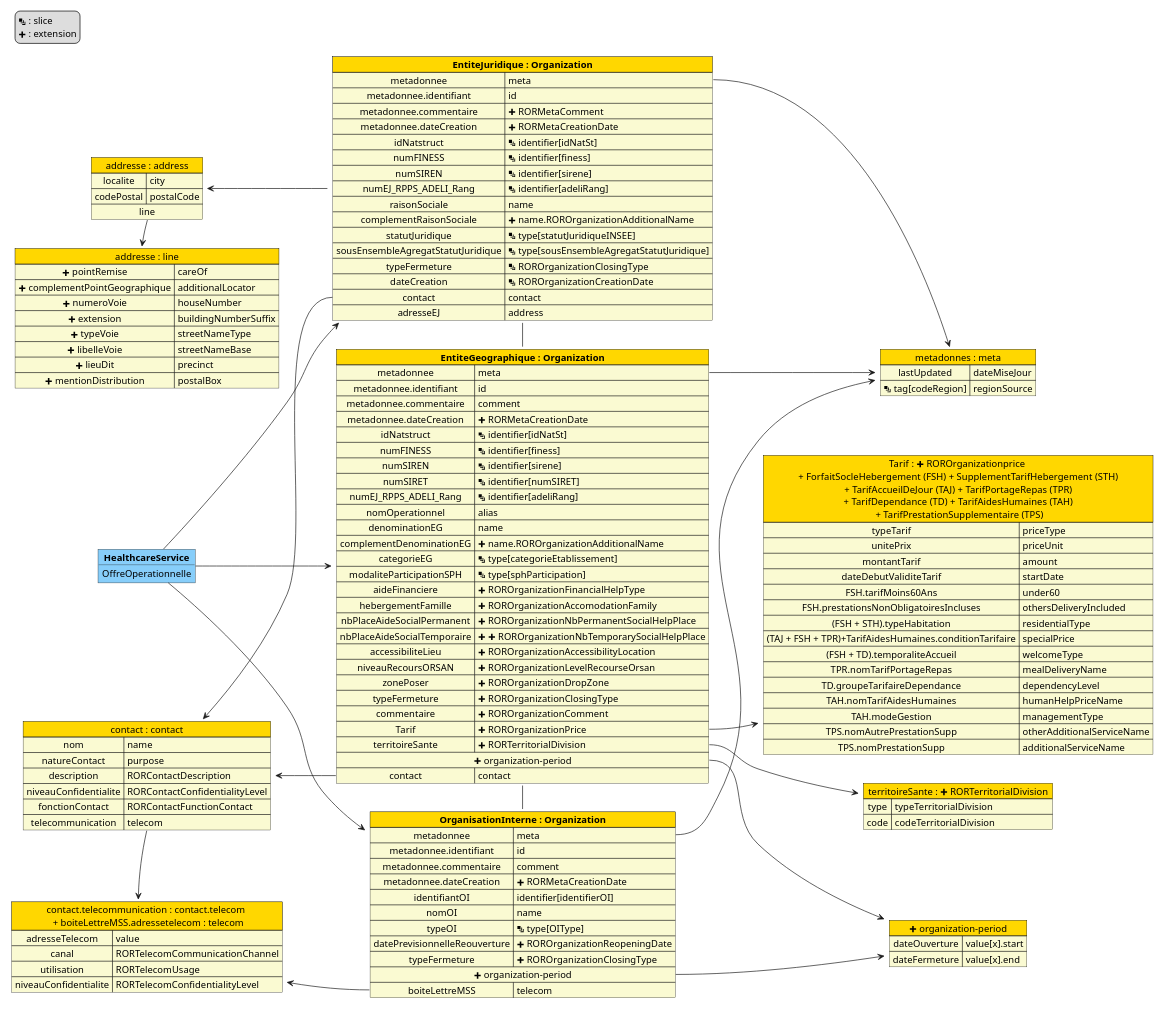
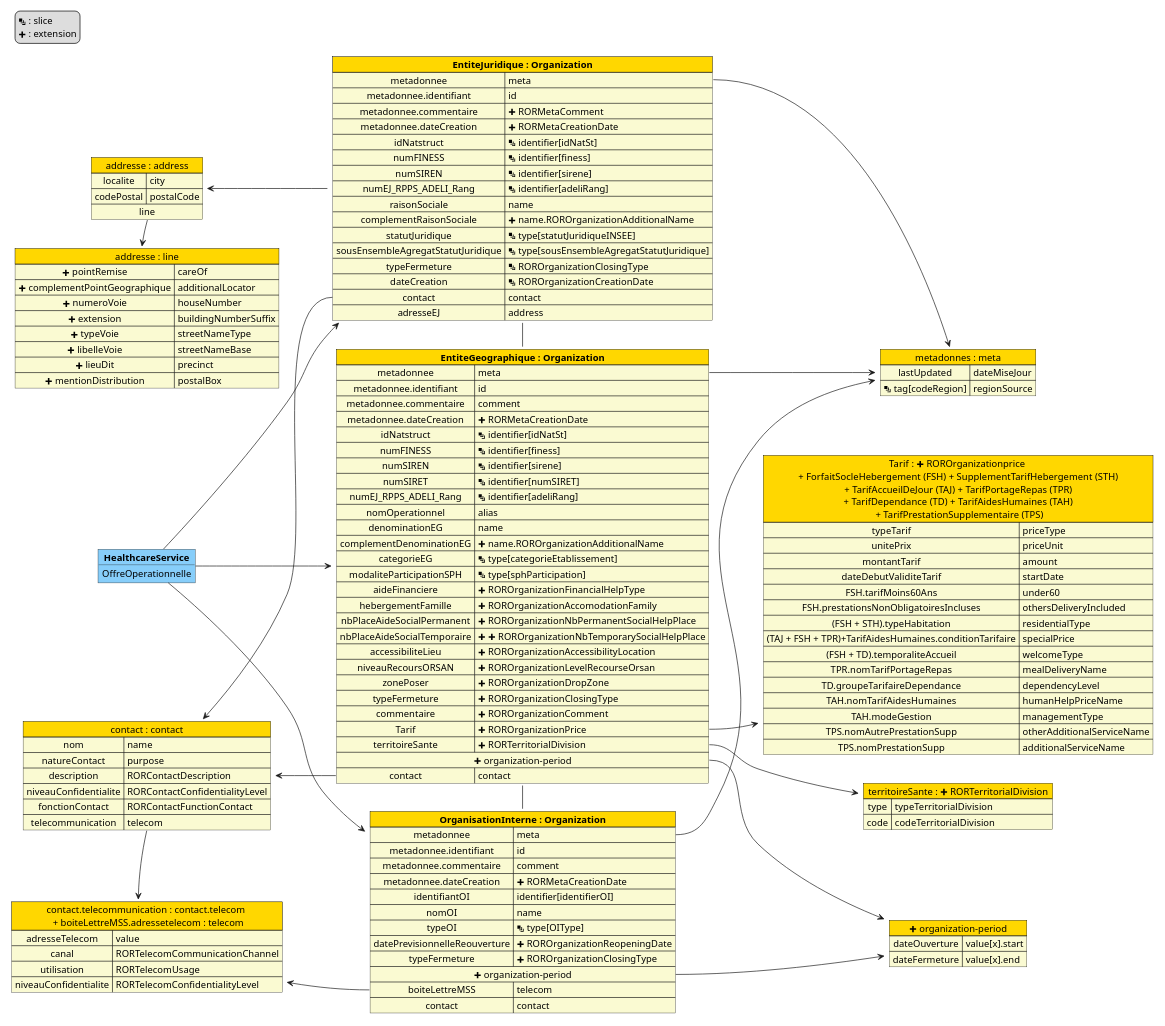
Before and after one commit to ansforge/IG-fhir-repertoire-offre-ressources-sante: the diagram in input/images-source/mapping-Organization.plantuml, drawn with PlantUML.

```diff
--- a/input/images-source/mapping-Organization.plantuml
+++ b/input/images-source/mapping-Organization.plantuml
@@ -1,167 +1,168 @@
 @startuml mapping-Organization
 
 left to right direction
 
 scale 1000 width
 
 legend top left
   <&layers> : slice
   <&plus> : extension
 endlegend
 
 
 map "metadonnes : meta" as meta #back:LightGoldenRodYellow;header:Gold {
     lastUpdated => dateMiseJour 
     <&layers> tag[codeRegion] => regionSource
 }
 
 map "<&plus> organization-period" as period #back:LightGoldenRodYellow;header:Gold {
     dateOuverture => value[x].start
     dateFermeture => value[x].end
 }
 
 map "territoireSante : <&plus> RORTerritorialDivision" as RORTerritorialDivision #back:LightGoldenRodYellow;header:Gold {
     type => typeTerritorialDivision
     code => codeTerritorialDivision
 }
 
 map "Tarif : <&plus> ROROrganizationprice \n +  ForfaitSocleHebergement (FSH) + SupplementTarifHebergement (STH) \n + TarifAccueilDeJour (TAJ) + TarifPortageRepas (TPR) \n + TarifDependance (TD) + TarifAidesHumaines (TAH) \n + TarifPrestationSupplementaire (TPS)" as ROROrganizationPrice #back:LightGoldenRodYellow;header:Gold {
     typeTarif => priceType
     unitePrix => priceUnit
     montantTarif => amount
     dateDebutValiditeTarif => startDate
     FSH.tarifMoins60Ans => under60
     FSH.prestationsNonObligatoiresIncluses => deliveryIncluded
     FSH.prestationsNonObligatoiresIncluses => othersDeliveryIncluded
     (FSH + STH).typeHabitation => residentialType
     (TAJ + FSH + TPR)+TarifAidesHumaines.conditionTarifaire => specialPrice
     (FSH + TD).temporaliteAccueil => welcomeType
     TPR.nomTarifPortageRepas => mealDeliveryName
     TD.groupeTarifaireDependance => dependencyLevel
     TAH.nomTarifAidesHumaines => humanHelpPriceName
     TAH.modeGestion => managementType
     TPS.nomAutrePrestationSupp => otherAdditionalServiceName
     TPS.nomPrestationSupp => additionalServiceName
 }
 
 map "contact : contact" as contact #back:LightGoldenRodYellow;header:Gold {
     nom => name
     natureContact => purpose
     description => RORContactDescription
     niveauConfidentialite => RORContactConfidentialityLevel
     fonctionContact => RORContactFunctionContact
     telecommunication => telecom
 }
 
 map "contact.telecommunication : contact.telecom \n + boiteLettreMSS.adressetelecom : telecom" as telecom #back:LightGoldenRodYellow;header:Gold {
     adresseTelecom => value
     canal => RORTelecomCommunicationChannel
     utilisation => RORTelecomUsage
     niveauConfidentialite => RORTelecomConfidentialityLevel
 }
 map "addresse : line" as addressLine #back:LightGoldenRodYellow;header:Gold {
     <&plus> pointRemise => careOf
     <&plus> complementPointGeographique => additionalLocator
     <&plus> numeroVoie => houseNumber
     <&plus> extension => buildingNumberSuffix
     <&plus> typeVoie => streetNameType
     <&plus> libelleVoie => streetNameBase
     <&plus> lieuDit => precinct
     <&plus> mentionDistribution => postalBox
 }
 
 map "addresse : address" as address #back:LightGoldenRodYellow;header:Gold {
     localite => city
     codePostal => postalCode
     line *-> addressLine
 }
 
 
 map "**EntiteJuridique : Organization**" as EJ #back:LightGoldenRodYellow;header:Gold {
     metadonnee => meta 
     metadonnee.identifiant => id
     metadonnee.commentaire => <&plus> RORMetaComment
     metadonnee.dateCreation => <&plus> RORMetaCreationDate
     idNatstruct => <&layers> identifier[idNatSt]
     numFINESS => <&layers> identifier[finess]
     numSIREN => <&layers> identifier[sirene]
     numEJ_RPPS_ADELI_Rang => <&layers> identifier[rppsRang]
     numEJ_RPPS_ADELI_Rang => <&layers> identifier[adeliRang]
     raisonSociale => name
     complementRaisonSociale => <&plus> name.ROROrganizationAdditionalName
     statutJuridique => <&layers> type[statutJuridiqueINSEE]
     sousEnsembleAgregatStatutJuridique => <&layers> type[sousEnsembleAgregatStatutJuridique]
     typeFermeture => <&layers> ROROrganizationClosingType
     dateCreation => <&layers> ROROrganizationCreationDate
     contact => contact
     adresseEJ => address
 }
 
 map "**EntiteGeographique : Organization**" as EG #back:LightGoldenRodYellow;header:Gold {
     metadonnee => meta 
     metadonnee.identifiant => id
     metadonnee.commentaire => comment
     metadonnee.dateCreation => <&plus> RORMetaCreationDate
     idNatstruct => <&layers> identifier[idNatSt]
     numFINESS => <&layers> identifier[finess]
     numSIREN => <&layers> identifier[sirene]
     numSIRET => <&layers> identifier[numSIRET]
     numEJ_RPPS_ADELI_Rang => <&layers> identifier[rppsRang]
     numEJ_RPPS_ADELI_Rang => <&layers> identifier[adeliRang]
     nomOperationnel => alias
     denominationEG => name
     complementDenominationEG => <&plus> name.ROROrganizationAdditionalName
     categorieEG => <&layers> type[categorieEtablissement] 
     modaliteParticipationSPH => <&layers> type[sphParticipation]
     aideFinanciere => <&plus> ROROrganizationFinancialHelpType
     hebergementFamille => <&plus> ROROrganizationAccomodationFamily
     nbPlaceAideSocialPermanent => <&plus> ROROrganizationNbPermanentSocialHelpPlace
     nbPlaceAideSocialTemporaire => <&plus> <&plus> ROROrganizationNbTemporarySocialHelpPlace
     accessibiliteLieu => <&plus> ROROrganizationAccessibilityLocation
     niveauRecoursORSAN => <&plus> ROROrganizationLevelRecourseOrsan
     zonePoser => <&plus> ROROrganizationDropZone
     typeFermeture => <&plus> ROROrganizationClosingType
     commentaire => <&plus> ROROrganizationComment
     Tarif => <&plus> ROROrganizationPrice
     territoireSante => <&plus> RORTerritorialDivision
     <&plus> organization-period *--> period
     contact => contact
 }
 
 map "**OrganisationInterne : Organization**" as OI #back:LightGoldenRodYellow;header:Gold {
     metadonnee => meta 
     metadonnee.identifiant => id
     metadonnee.commentaire => comment
     metadonnee.dateCreation => <&plus> RORMetaCreationDate
     identifiantOI => identifier[identifierOI]
     nomOI => name
     typeOI => <&layers> type[OIType]
     datePrevisionnelleReouverture => <&plus> ROROrganizationReopeningDate
     typeFermeture => <&plus> ROROrganizationClosingType
     <&plus> organization-period *--> period
-    boiteLettreMSS => telecom 
+    boiteLettreMSS => telecom
+    contact => contact
 }
 
 EJ::metadonnee --> meta
 EG::metadonnee --> meta
 OI::metadonnee --> meta
 contact <-- EJ::contact
 contact <-- EG::contact
 contact::telecommunication -> telecom
 telecom <-- OI::boiteLettreMSS
 address <-- EJ::adresse
 EG::territoireSante --> RORTerritorialDivision
 EG::Tarif --> ROROrganizationPrice
 
 
 object "**HealthcareService**" as HS #LightSkyBlue {
     OffreOperationnelle
 }
 
 HS --> EJ
 HS --> EG
 HS --> OI
 EJ - EG 
 EG - OI
 
 @enduml
```
